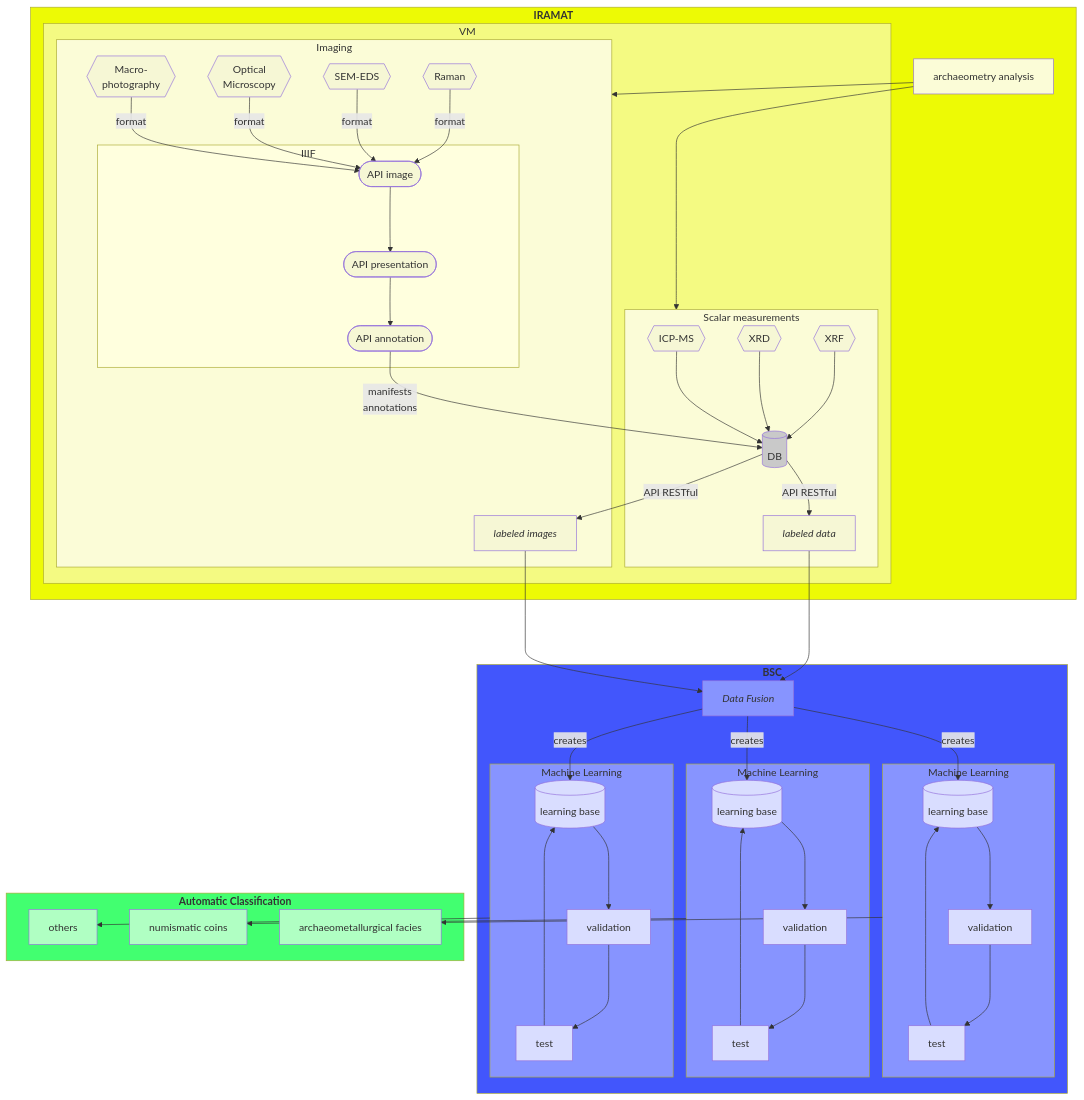
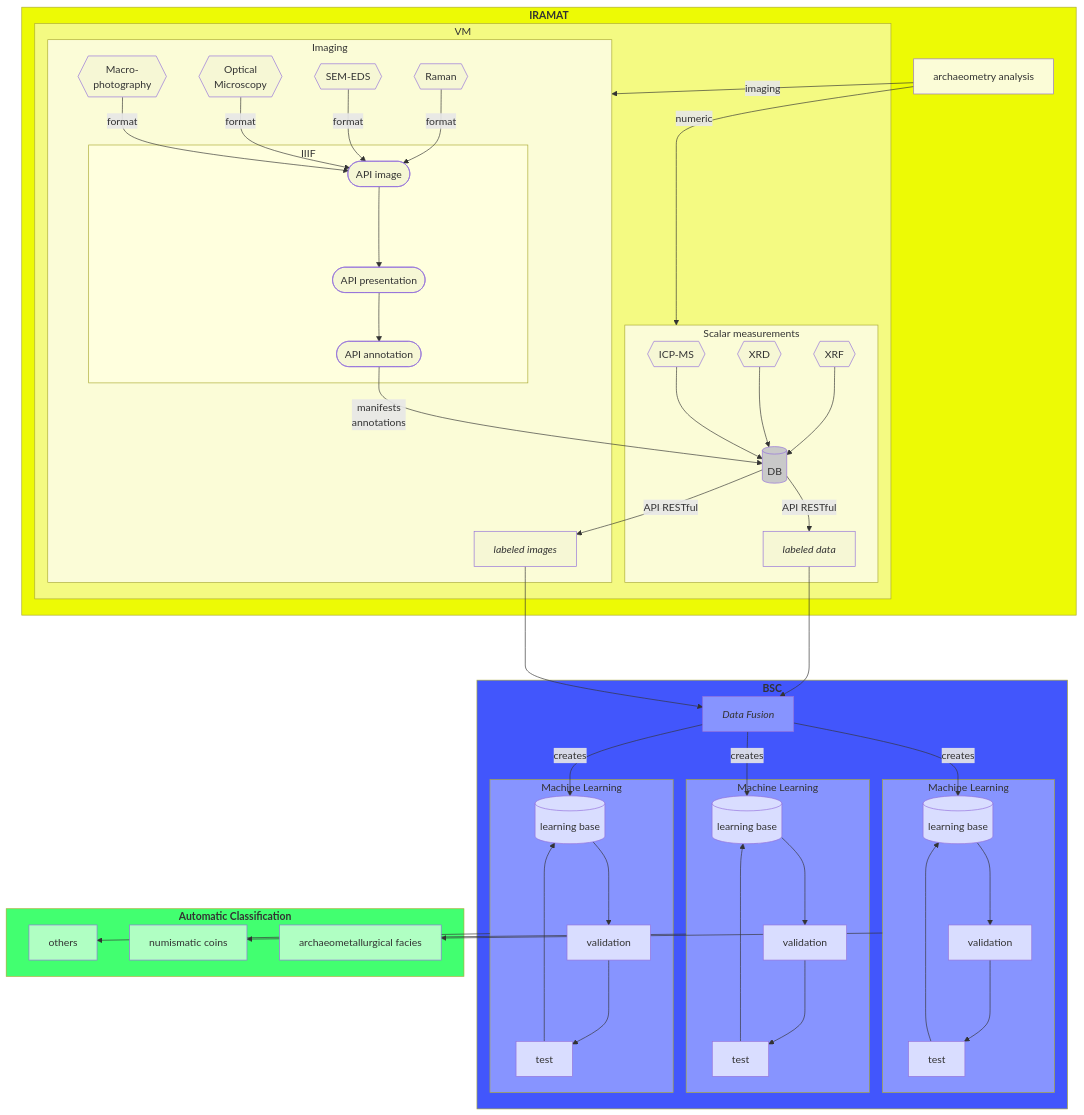
Before and after one commit to iramat/iramat-dev: the diagram in talks/2026-bsc/README.md, drawn with Mermaid.

Commit message:
slight changes

```diff
--- a/talks/2026-bsc/README.md
+++ b/talks/2026-bsc/README.md
@@ -9,8 +9,8 @@
 	XRF{{XRF}}
     BD[(DB)]
     analyses[archaeometry analysis]
-    analyses --> IRAMATdata
-    analyses --> IRAMATimg
+    analyses -- numeric --> IRAMATdata
+    analyses -- imaging --> IRAMATimg
 	subgraph VM[VM]
     subgraph IRAMATdata[Scalar measurements]
 		XRF --> BD
```
